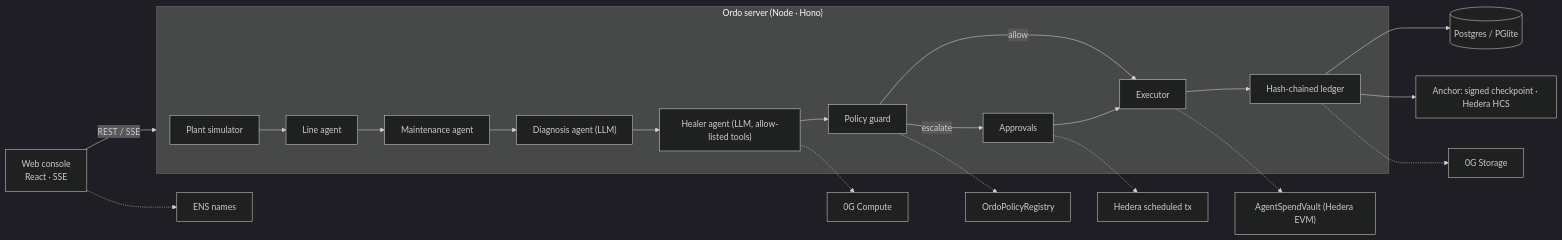
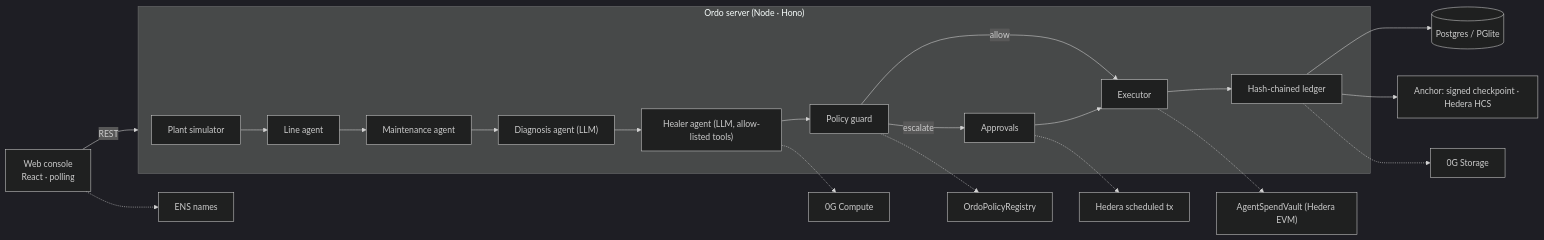
One commit to AloysJehwin/ai_warriors changed the diagram in README.md. Above: the diagram before and after it, drawn with Mermaid (dark theme). The commit also changed other lines of this file and 41 other files, not shown here.

````diff
--- a/README.md
+++ b/README.md
@@ -42,18 +43,18 @@
 ```mermaid
 flowchart LR
-    ui["Web console<br/>React · SSE"] -- REST / SSE --> api
+    ui["Web console<br/>React · polling"] -- REST --> api
     subgraph api["Ordo server (Node · Hono)"]
         sim["Plant simulator"] --> line["Line agent"] --> maint["Maintenance agent"] --> diag["Diagnosis agent (LLM)"] --> heal["Healer agent (LLM, allow-listed tools)"] --> guard["Policy guard"]
         guard -- allow --> exec["Executor"]
         guard -- escalate --> appr["Approvals"] --> exec
         exec --> ledger["Hash-chained ledger"]
     end
     ledger --> db[("Postgres / PGlite")]
     ledger --> anchor["Anchor: signed checkpoint · Hedera HCS"]
     appr -.-> sched["Hedera scheduled tx"]
     exec -.-> vault["AgentSpendVault (Hedera EVM)"]
     guard -.-> reg["OrdoPolicyRegistry"]
     heal -.-> og["0G Compute"]
     ledger -.-> ogs["0G Storage"]
     ui -.-> ens["ENS names"]
 ```
````
